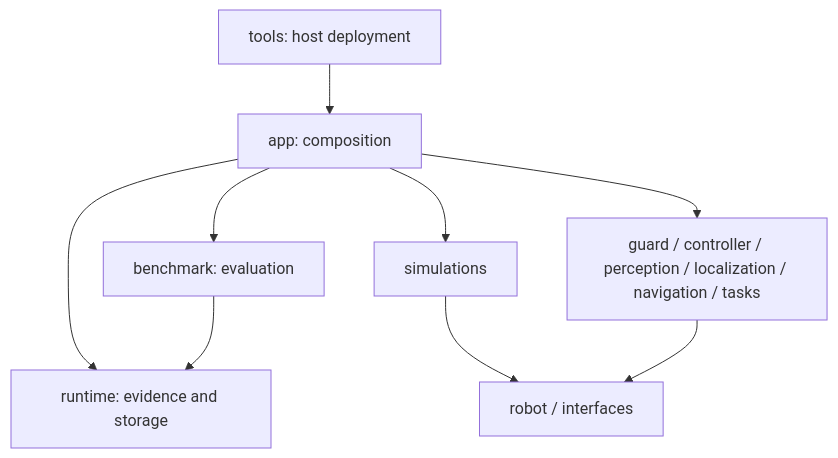
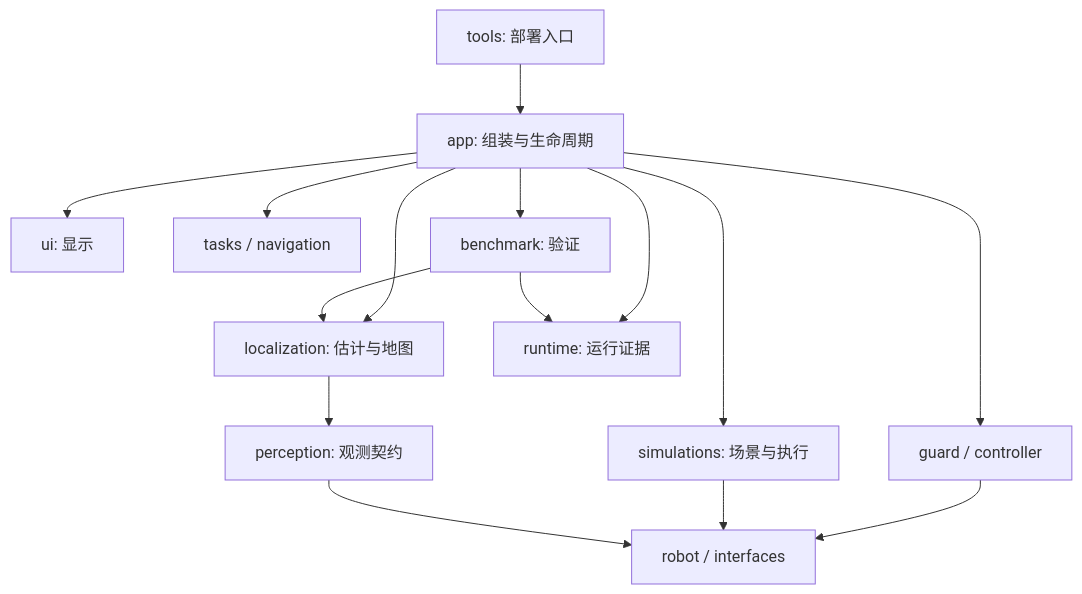
The diagram in docs/repository-structure.md (ChoujiajunStats/stonefish_slam_ws), drawn with Mermaid before and after one commit. The commit also changed other lines of this file and 46 other files, not shown here.

````diff
--- a/docs/repository-structure.md
+++ b/docs/repository-structure.md
@@ -7,11 +23,17 @@
 ```mermaid
 flowchart TD
-  CLI[tools: host deployment] --> APP[app: composition]
-  APP --> BENCH[benchmark: evaluation]
-  APP --> RUNTIME[runtime: evidence and storage]
-  BENCH --> RUNTIME
-  APP --> ALG[guard / controller / perception / localization / navigation / tasks]
-  APP --> SIM[simulations]
-  SIM --> ROBOT[robot / interfaces]
-  ALG --> ROBOT
+  CLI[tools: 部署入口] --> APP[app: 组装与生命周期]
+  APP --> UI[ui: 显示]
+  APP --> LOC[localization: 估计与地图]
+  APP --> SIM[simulations: 场景与执行]
+  APP --> CTRL[guard / controller]
+  APP --> TASK[tasks / navigation]
+  APP --> BENCH[benchmark: 验证]
+  APP --> RUN[runtime: 运行证据]
+  BENCH --> RUN
+  BENCH --> LOC
+  LOC --> PER[perception: 观测契约]
+  CTRL --> ROBOT[robot / interfaces]
+  SIM --> ROBOT
+  PER --> ROBOT
 ```
````
